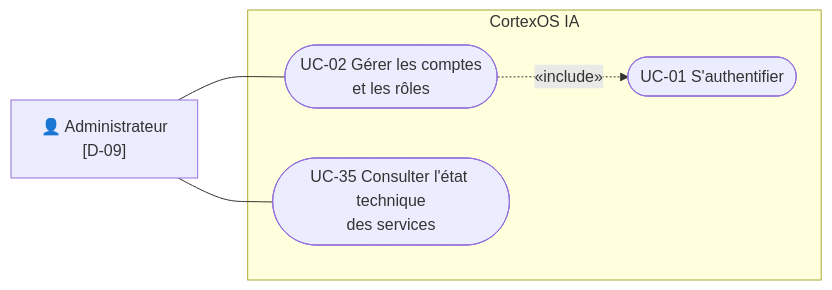
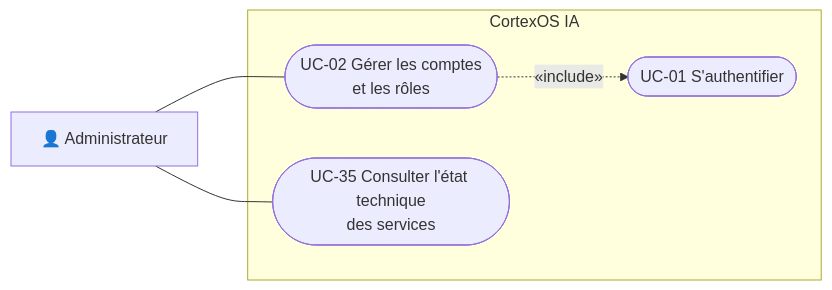
One commit to eloge9/CortexOS-IA changed the eighth of 8 diagrams in docs/diagrammes/diag-02a-cas-utilisation-par-acteur.md. Above: the diagram before and after it, drawn with Mermaid. The commit also changed other lines of this file and 7 other files, not shown here.

````diff
--- a/docs/diagrammes/diag-02a-cas-utilisation-par-acteur.md
+++ b/docs/diagrammes/diag-02a-cas-utilisation-par-acteur.md
@@ -304,12 +304,12 @@
 ```mermaid
 flowchart LR
-    AD["👤 Administrateur<br/>[D-09]"]
+    AD["👤 Administrateur"]
     subgraph SYS["CortexOS IA"]
         UC01(["UC-01 S'authentifier"])
         UC02(["UC-02 Gérer les comptes<br/>et les rôles"])
         UC35(["UC-35 Consulter l'état technique<br/>des services"])
     end
     AD --- UC02
     AD --- UC35
     UC02 -. "«include»" .-> UC01
 ```
````
